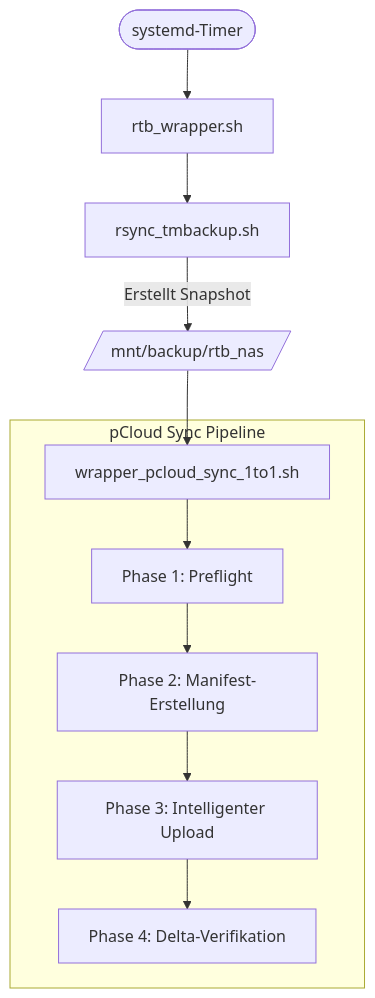
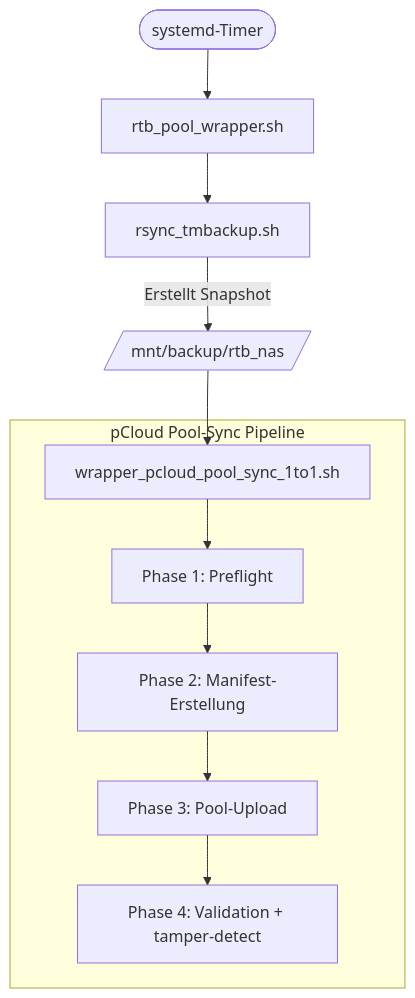
Before and after one commit to lastphoenx/pcloud-tools: the first of 2 diagrams in docs/ARCHITECTURE.md, drawn with Mermaid. The commit also changed other lines of this file and 9 other files, not shown here.

First line of the commit message:
docs: Pool-only Aktualisierung (GAP_HANDLING entfernt, ARCHITECTURE+DEVELOPER_GUIDE+SETUP aktualisiert)

````diff
--- a/docs/ARCHITECTURE.md
+++ b/docs/ARCHITECTURE.md
@@ -33,18 +29,14 @@
 ```mermaid
 flowchart TD
-    Timer([systemd-Timer]) --> RTB_Wrapper[rtb_wrapper.sh]
+    Timer([systemd-Timer]) --> RTB_Wrapper[rtb_pool_wrapper.sh]
     RTB_Wrapper --> RSYNC[rsync_tmbackup.sh]
     RSYNC -- "Erstellt Snapshot" --> NAS_DIR[/mnt/backup/rtb_nas/]
-    NAS_DIR --> PCLOUD_WRAPPER[wrapper_pcloud_sync_1to1.sh]
-    
-    subgraph Pipeline [pCloud Sync Pipeline]
+    NAS_DIR --> PCLOUD_WRAPPER[wrapper_pcloud_pool_sync_1to1.sh]
+
+    subgraph Pipeline [pCloud Pool-Sync Pipeline]
     PCLOUD_WRAPPER --> P1[Phase 1: Preflight]
     P1 --> P2[Phase 2: Manifest-Erstellung]
-    P2 --> P3[Phase 3: Intelligenter Upload]
-    P3 --> P4[Phase 4: Delta-Verifikation]
+    P2 --> P3[Phase 3: Pool-Upload]
+    P3 --> P4[Phase 4: Validation + tamper-detect]
     end
-
-    click P2 "./pcloud_json_manifest.py"
-    click P3 "./pcloud_push_json_manifest_to_pcloud.py"
-    click P4 "./pcloud_quick_delta.py"
 ```
````
